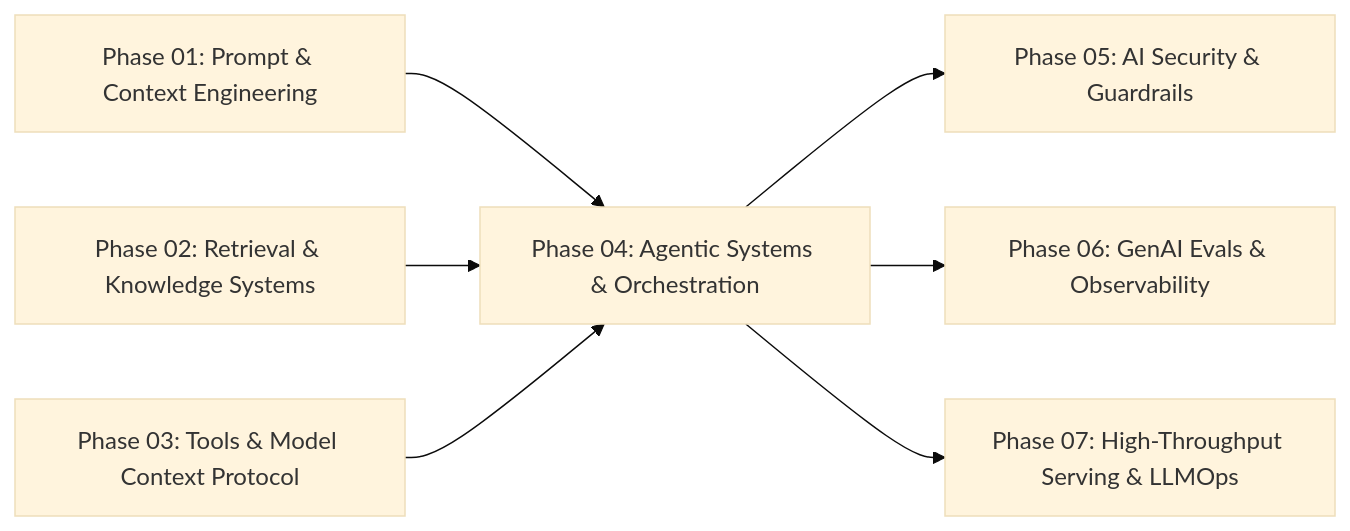
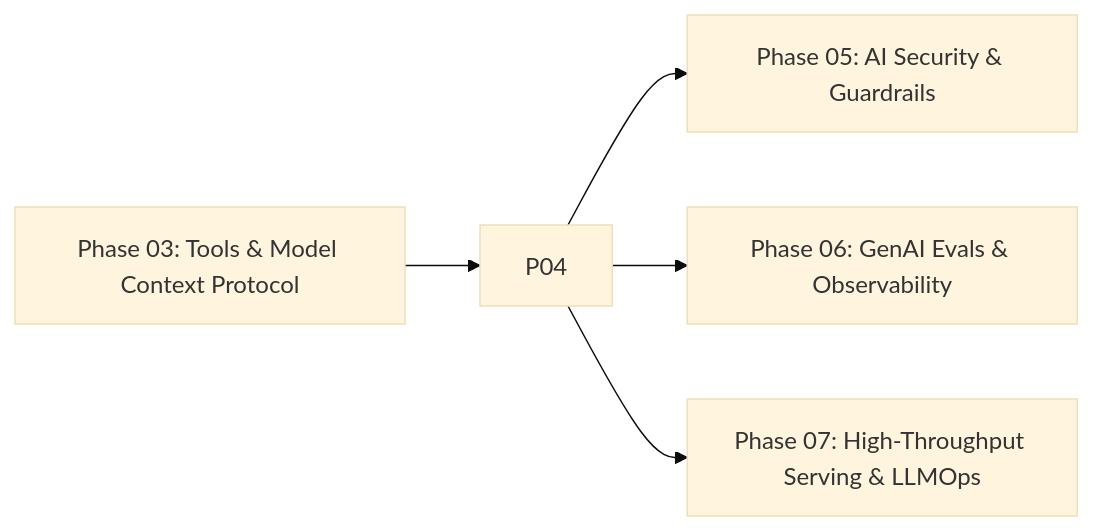
The second of 2 diagrams in 04-agentic-systems-and-orchestration/README.md (dip4k/senior-engineer-to-ai-engineer-roadmap), drawn with Mermaid (base theme) before and after one commit. The commit also changed other lines of this file and 59 other files, not shown here.

````diff
--- a/04-agentic-systems-and-orchestration/README.md
+++ b/04-agentic-systems-and-orchestration/README.md
@@ -104,10 +70,8 @@
 ```mermaid
 flowchart LR
-    P01["Phase 01: Prompt & Context Engineering"] --> P04["Phase 04: Agentic Systems & Orchestration"]
-    P02["Phase 02: Retrieval & Knowledge Systems"] --> P04
     P03["Phase 03: Tools & Model Context Protocol"] --> P04
     
     P04 --> P05["Phase 05: AI Security & Guardrails"]
     P04 --> P06["Phase 06: GenAI Evals & Observability"]
     P04 --> P07["Phase 07: High-Throughput Serving & LLMOps"]
 ```
````
